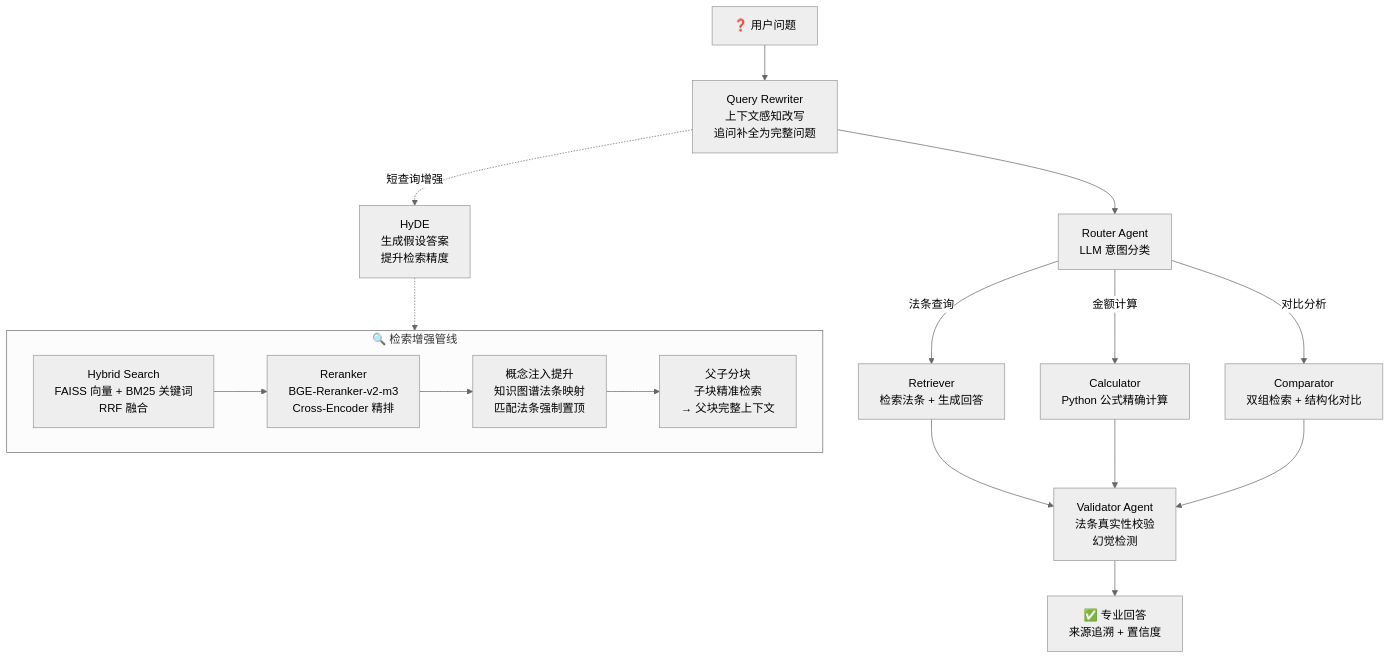
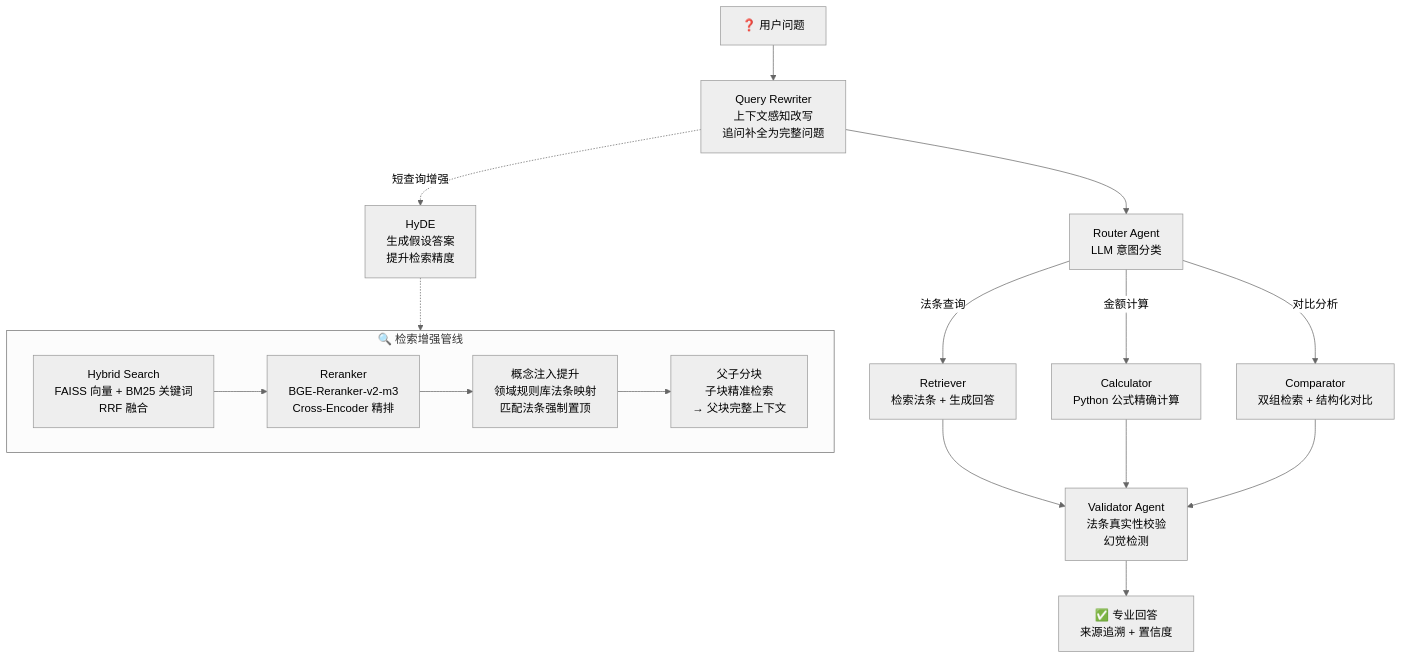
Before and after one commit to liangjianqiang-sys/LaborRAG: the diagram in README.md, drawn with Mermaid (neutral theme). The commit also changed other lines of this file, not shown here.

Commit message:
docs: README 数字与措辞校正 —— P@1 90%→85%、多 Agent→Agentic Workflow、知识图谱→领域规则库，修正 CRAG 声明与测试数

````diff
--- a/README.md
+++ b/README.md
@@ -35,25 +39,25 @@
 ```mermaid
 flowchart TD
     Q["❓ 用户问题"] --> RW["Query Rewriter<br/>上下文感知改写<br/>追问补全为完整问题"]
     RW --> RA["Router Agent<br/>LLM 意图分类"]
 
     RA -->|法条查询| RET["Retriever<br/>检索法条 + 生成回答"]
     RA -->|金额计算| CAL["Calculator<br/>Python 公式精确计算"]
     RA -->|对比分析| CMP["Comparator<br/>双组检索 + 结构化对比"]
 
     RET --> VAL["Validator Agent<br/>法条真实性校验<br/>幻觉检测"]
     CAL --> VAL
     CMP --> VAL
     VAL --> ANS["✅ 专业回答<br/>来源追溯 + 置信度"]
 
     subgraph SEARCH["🔍 检索增强管线"]
         direction LR
         HS["Hybrid Search<br/>FAISS 向量 + BM25 关键词<br/>RRF 融合"] -->
         RER["Reranker<br/>BGE-Reranker-v2-m3<br/>Cross-Encoder 精排"] -->
-        CI["概念注入提升<br/>知识图谱法条映射<br/>匹配法条强制置顶"] -->
+        CI["概念注入提升<br/>领域规则库法条映射<br/>匹配法条强制置顶"] -->
         PC["父子分块<br/>子块精准检索<br/>→ 父块完整上下文"]
     end
 
     RW -.->|短查询增强| HYD["HyDE<br/>生成假设答案<br/>提升检索精度"]
     HYD -.-> HS
 ```
````
